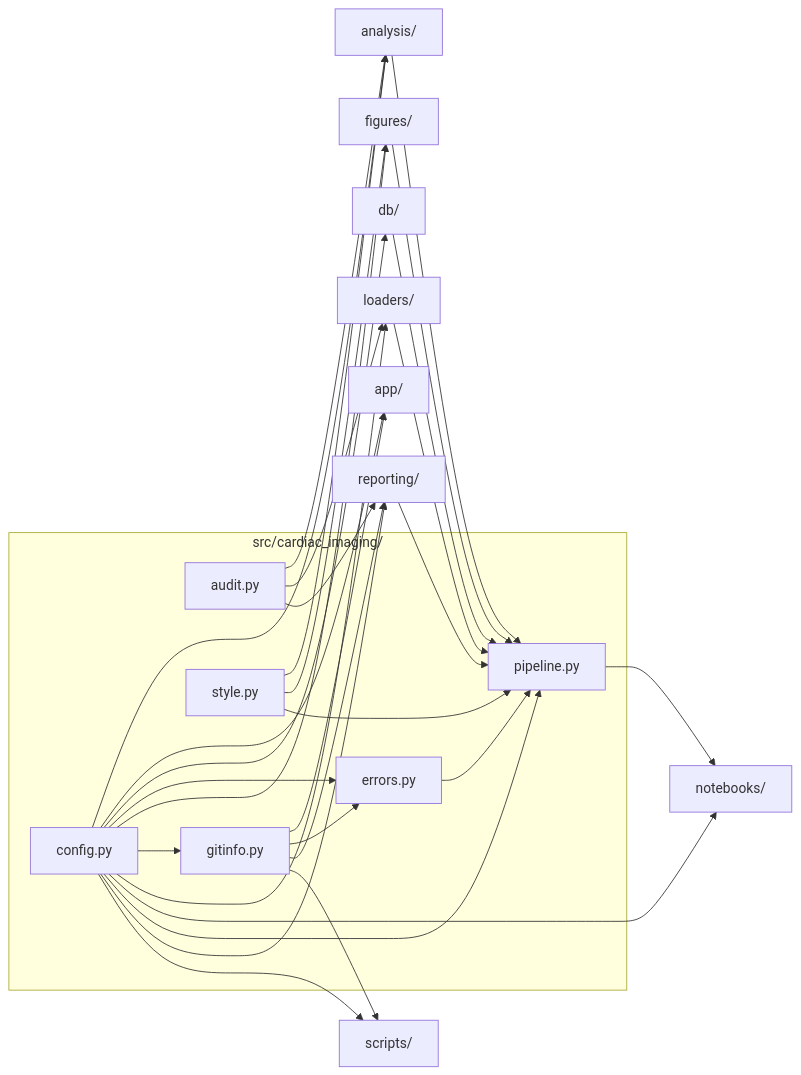
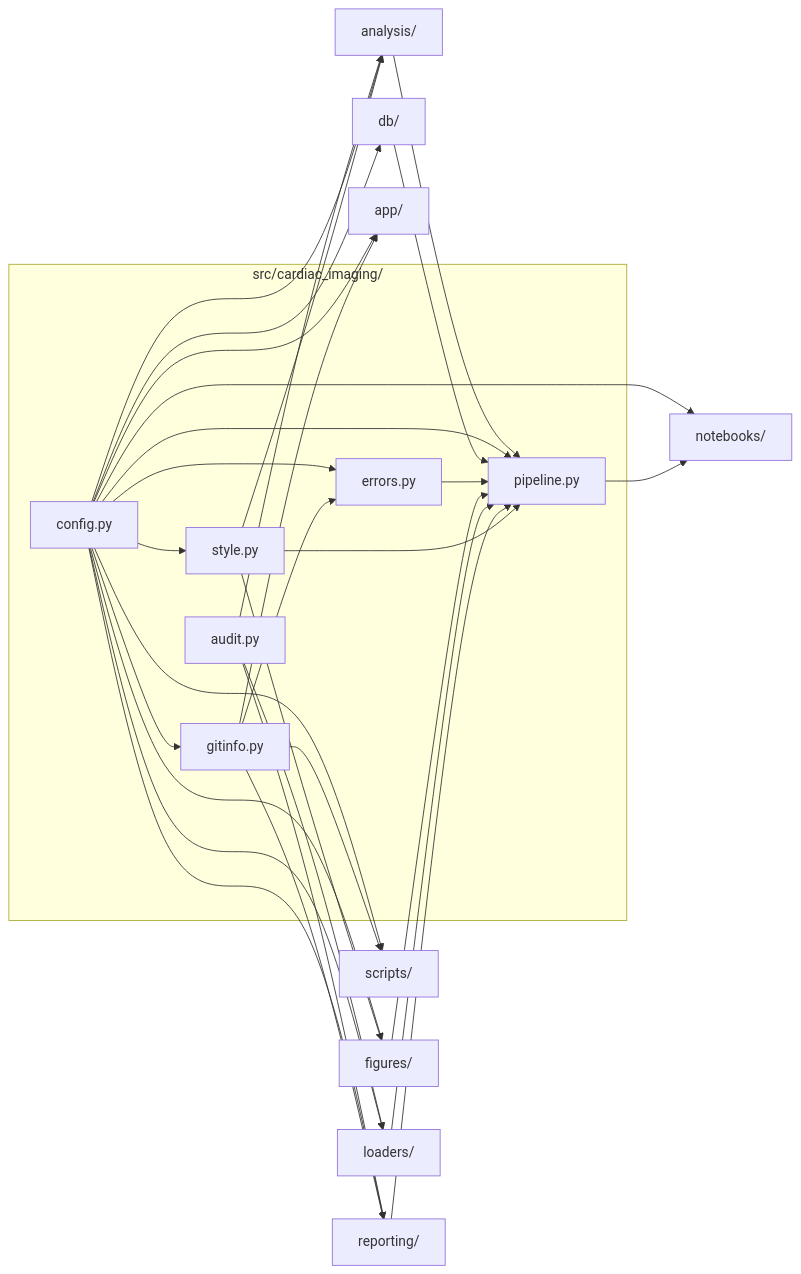
One commit to drsanjna/cardiac-imaging-medicare changed the diagram in src/cardiac_imaging/README.md. Above: the diagram before and after it, drawn with Mermaid. The commit also changed other lines of this file and 21 other files, not shown here.

First line of the commit message:
Add TAVR to Figure 1 and as a new state map (Figure 11)

````diff
--- a/src/cardiac_imaging/README.md
+++ b/src/cardiac_imaging/README.md
@@ -11,47 +11,48 @@
 ```mermaid
 flowchart LR
   subgraph here["src/cardiac_imaging/"]
     n_audit_py["audit.py"]
     n_config_py["config.py"]
     n_errors_py["errors.py"]
     n_gitinfo_py["gitinfo.py"]
     n_pipeline_py["pipeline.py"]
     n_style_py["style.py"]
   end
   n_analysis_["analysis/"]
   n_app_["app/"]
   n_db_["db/"]
   n_figures_["figures/"]
   n_loaders_["loaders/"]
   n_notebooks_["notebooks/"]
   n_reporting_["reporting/"]
   n_scripts_["scripts/"]
   n_analysis_ --> n_pipeline_py
   n_audit_py --> n_analysis_
   n_audit_py --> n_loaders_
   n_audit_py --> n_reporting_
   n_config_py --> n_analysis_
   n_config_py --> n_app_
   n_config_py --> n_db_
   n_config_py --> n_errors_py
   n_config_py --> n_figures_
   n_config_py --> n_gitinfo_py
   n_config_py --> n_loaders_
   n_config_py --> n_notebooks_
   n_config_py --> n_pipeline_py
   n_config_py --> n_reporting_
   n_config_py --> n_scripts_
+  n_config_py --> n_style_py
   n_db_ --> n_pipeline_py
   n_errors_py --> n_pipeline_py
   n_figures_ --> n_pipeline_py
   n_gitinfo_py --> n_app_
   n_gitinfo_py --> n_errors_py
   n_gitinfo_py --> n_reporting_
   n_gitinfo_py --> n_scripts_
   n_loaders_ --> n_pipeline_py
   n_pipeline_py --> n_notebooks_
   n_reporting_ --> n_pipeline_py
   n_style_py --> n_analysis_
   n_style_py --> n_figures_
   n_style_py --> n_pipeline_py
 ```
````
